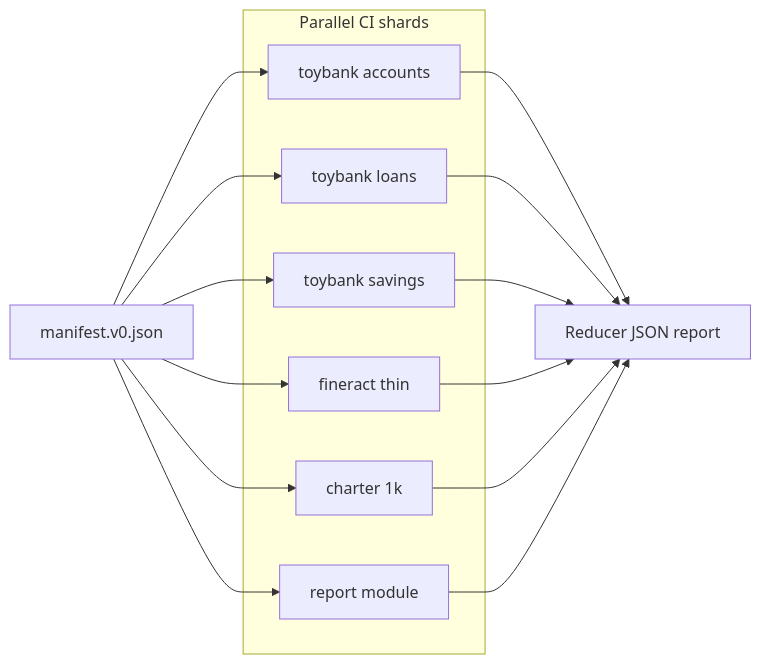
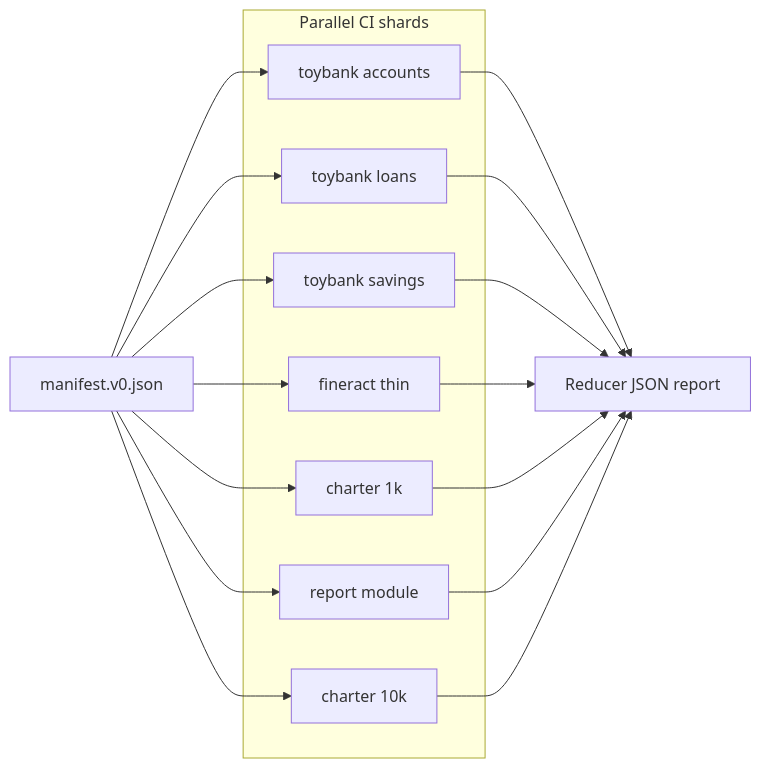
Before and after one commit to manutej/wiring-and-the-whole: the third of 5 diagrams in docs/SCALE-DIAGRAMS.md, drawn with Mermaid. The commit also changed other lines of this file and 65 other files, not shown here.

First line of the commit message:
feat(scale): S4 charter 10k LOC, 7-shard matrix, honest metrics

````diff
--- a/docs/SCALE-DIAGRAMS.md
+++ b/docs/SCALE-DIAGRAMS.md
@@ -52,15 +52,16 @@
 ```mermaid
 flowchart LR
   M[manifest.v0.json]
   subgraph shards [Parallel CI shards]
     S1[toybank accounts]
     S2[toybank loans]
     S3[toybank savings]
     S4[fineract thin]
     S5[charter 1k]
     S6[report module]
+    S7[charter 10k]
   end
   R[Reducer JSON report]
-  M --> S1 & S2 & S3 & S4 & S5 & S6
-  S1 & S2 & S3 & S4 & S5 & S6 --> R
+  M --> S1 & S2 & S3 & S4 & S5 & S6 & S7
+  S1 & S2 & S3 & S4 & S5 & S6 & S7 --> R
 ```
````
